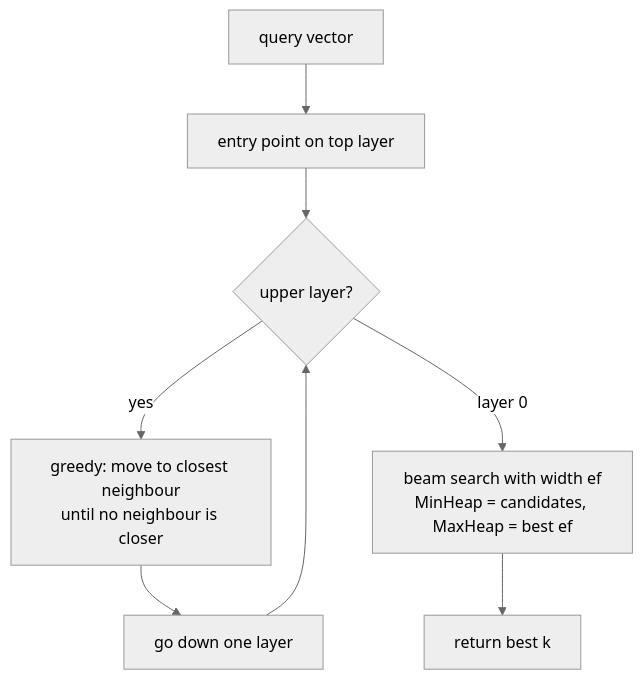
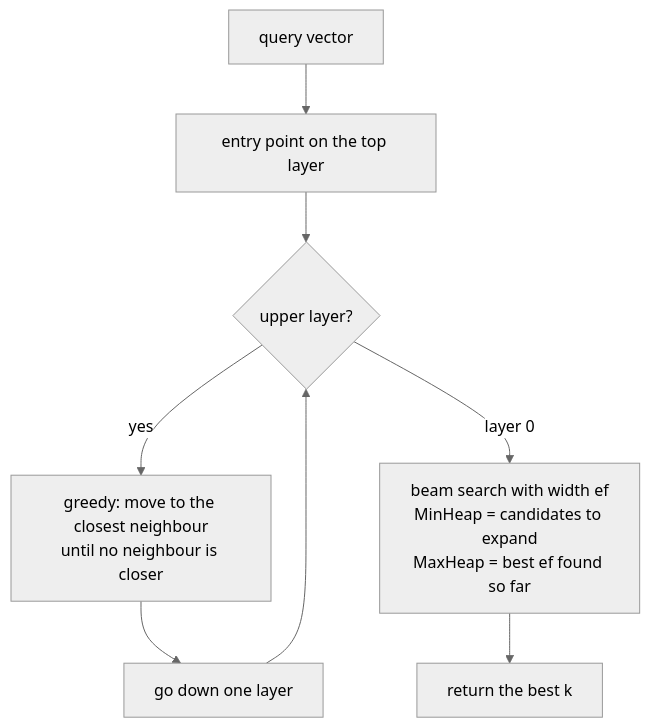
Before and after one commit to Ankit-builds1/vecsearch-hnsw-lsh: the second of 2 diagrams in README.md, drawn with Mermaid (neutral theme). The commit also changed other lines of this file and 2 other files, not shown here.

````diff
--- a/README.md
+++ b/README.md
@@ -52,10 +121,10 @@
 ```mermaid
 flowchart TD
-    Q[query vector] --> EP[entry point on top layer]
+    Q[query vector] --> EP[entry point on the top layer]
     EP --> G{upper layer?}
-    G -- yes --> GR[greedy: move to closest neighbour<br/>until no neighbour is closer]
+    G -- yes --> GR[greedy: move to the closest neighbour<br/>until no neighbour is closer]
     GR --> DOWN[go down one layer]
     DOWN --> G
-    G -- layer 0 --> BS[beam search with width ef<br/>MinHeap = candidates, MaxHeap = best ef]
-    BS --> K[return best k]
+    G -- layer 0 --> BS[beam search with width ef<br/>MinHeap = candidates to expand<br/>MaxHeap = best ef found so far]
+    BS --> K[return the best k]
 ```
````
